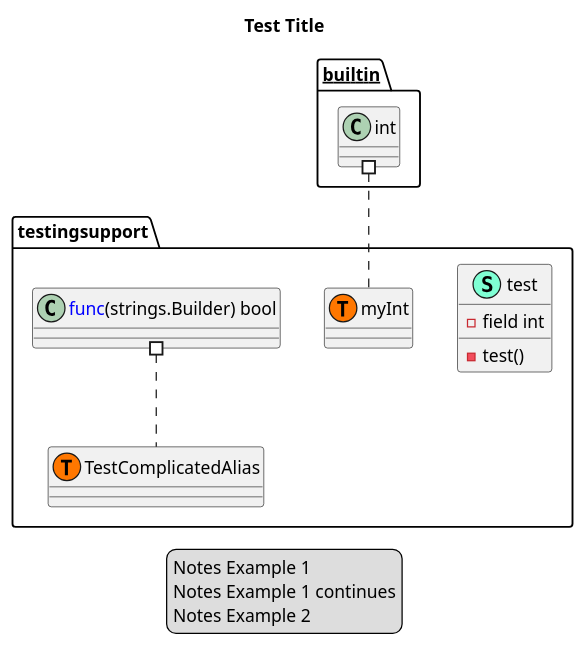
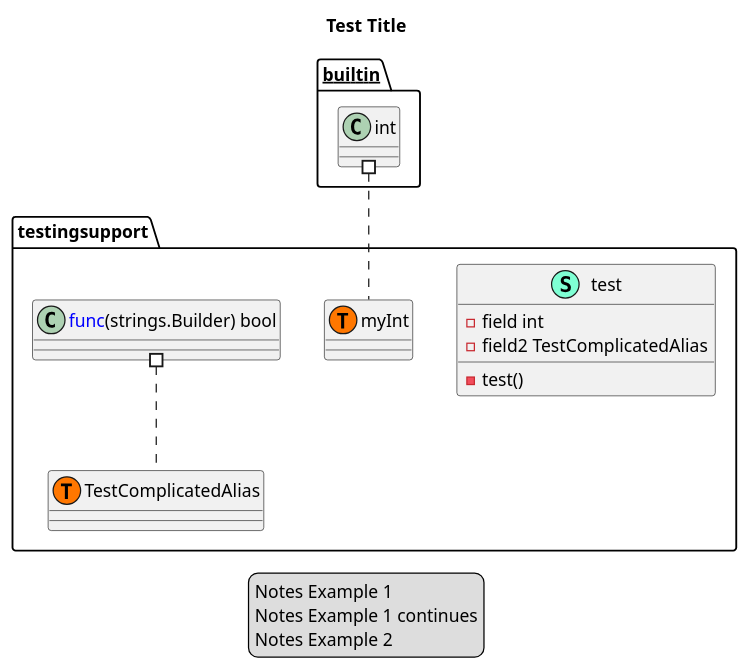
One commit to thgoexpt/PlantUML-Class-Diagram-Generator-for-golang-projects changed the diagram in testingsupport/testingsupport.puml. Above: the diagram before and after it, drawn with PlantUML. The commit also changed 5 other files, not shown here.

```diff
--- a/testingsupport/testingsupport.puml
+++ b/testingsupport/testingsupport.puml
@@ -1,27 +1,28 @@
 @startuml
 title Test Title
 legend
 Notes Example 1
 Notes Example 1 continues
 Notes Example 2
 end legend
 namespace testingsupport {
     class test << (S,Aquamarine) >> {
         - field int
+        - field2 TestComplicatedAlias
 
         - test() 
 
     }
     class testingsupport.TestComplicatedAlias << (T, #FF7700) >>  {
     }
     class testingsupport.myInt << (T, #FF7700) >>  {
     }
     class "<font color=blue>func</font>(strings.Builder) bool" as fontcolorbluefuncfontstringsBuilderbool {
         'This class was created so that we can correctly have an alias pointing to this name. Since it contains dots that can break namespaces
     }
 }
 
 
 "__builtin__.int" #.. "testingsupport.myInt"
 "testingsupport.fontcolorbluefuncfontstringsBuilderbool" #.. "testingsupport.TestComplicatedAlias"
 @enduml
```
